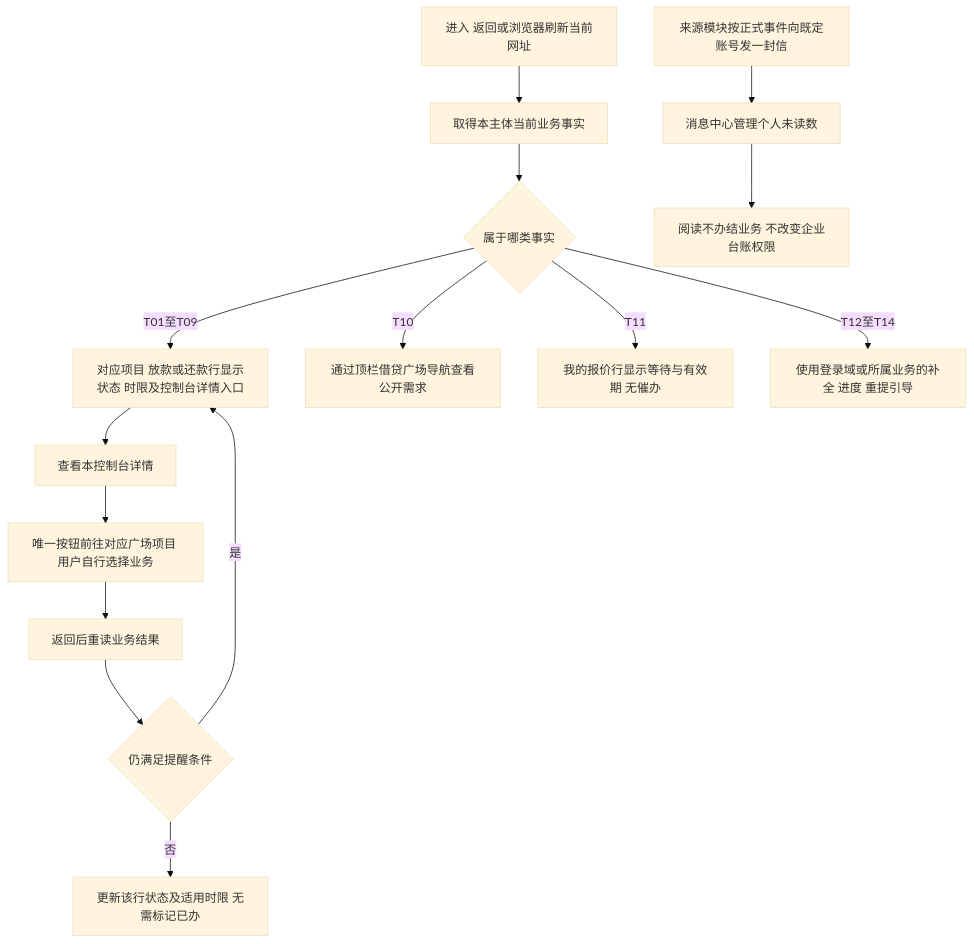
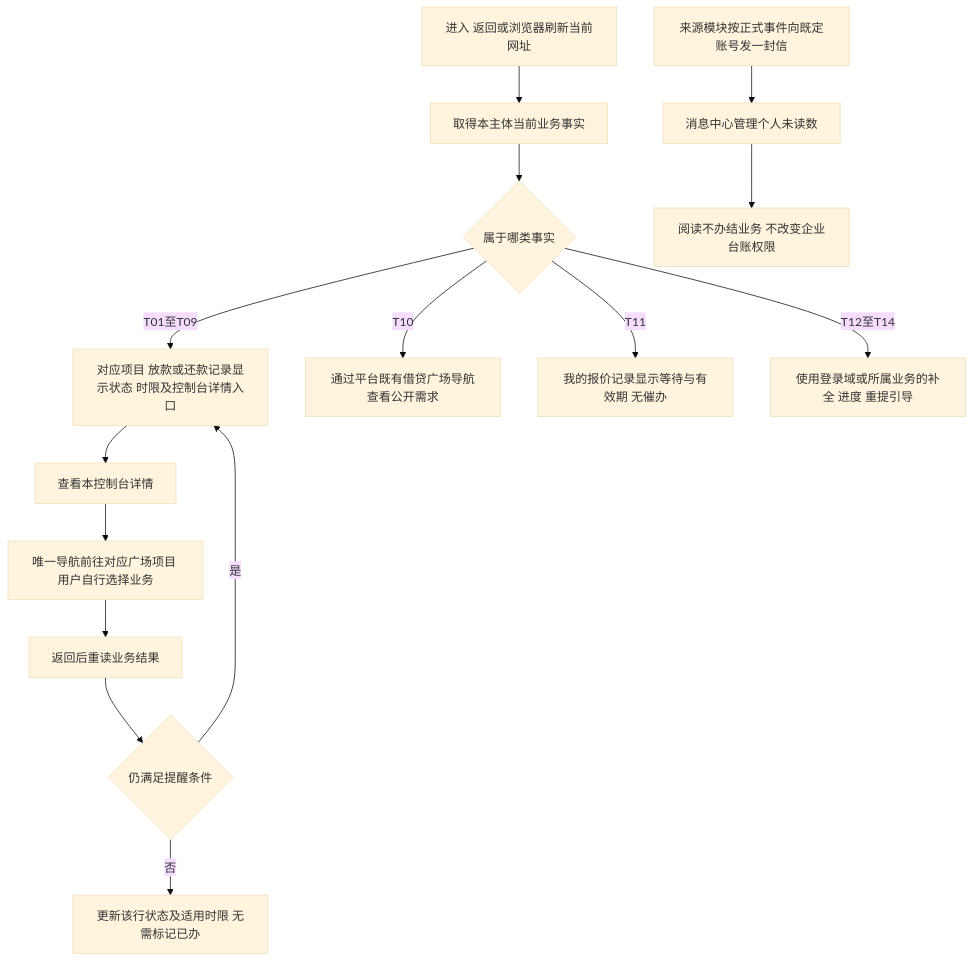
The third of 11 diagrams in lending-platform/PRD/v1.0-我的控制台/02-我的控制台-流程图与状态机.md (wxblockchain/Chain-Financing), drawn with Mermaid (base theme) before and after one commit. The commit also changed other lines of this file and 4 other files, not shown here.

````diff
--- a/lending-platform/PRD/v1.0-我的控制台/02-我的控制台-流程图与状态机.md
+++ b/lending-platform/PRD/v1.0-我的控制台/02-我的控制台-流程图与状态机.md
@@ -85,17 +85,17 @@
 ```mermaid
 flowchart TD
   A[进入 返回或浏览器刷新当前网址] --> B[取得本主体当前业务事实]
   B --> C{属于哪类事实}
-  C -- T01至T09 --> D[对应项目 放款或还款行显示状态 时限及控制台详情入口]
-  C -- T10 --> E[通过顶栏借贷广场导航查看公开需求]
-  C -- T11 --> F[我的报价行显示等待与有效期 无催办]
+  C -- T01至T09 --> D[对应项目 放款或还款记录显示状态 时限及控制台详情入口]
+  C -- T10 --> E[通过平台既有借贷广场导航查看公开需求]
+  C -- T11 --> F[我的报价记录显示等待与有效期 无催办]
   C -- T12至T14 --> G[使用登录域或所属业务的补全 进度 重提引导]
   D --> V[查看本控制台详情]
-  V --> H[唯一按钮前往对应广场项目 用户自行选择业务]
+  V --> H[唯一导航前往对应广场项目 用户自行选择业务]
   H --> I[返回后重读业务结果]
   I --> J{仍满足提醒条件}
   J -- 是 --> D
   J -- 否 --> K[更新该行状态及适用时限 无需标记已办]
   L[来源模块按正式事件向既定账号发一封信] --> M[消息中心管理个人未读数]
   M --> N[阅读不办结业务 不改变企业台账权限]
 ```
````
